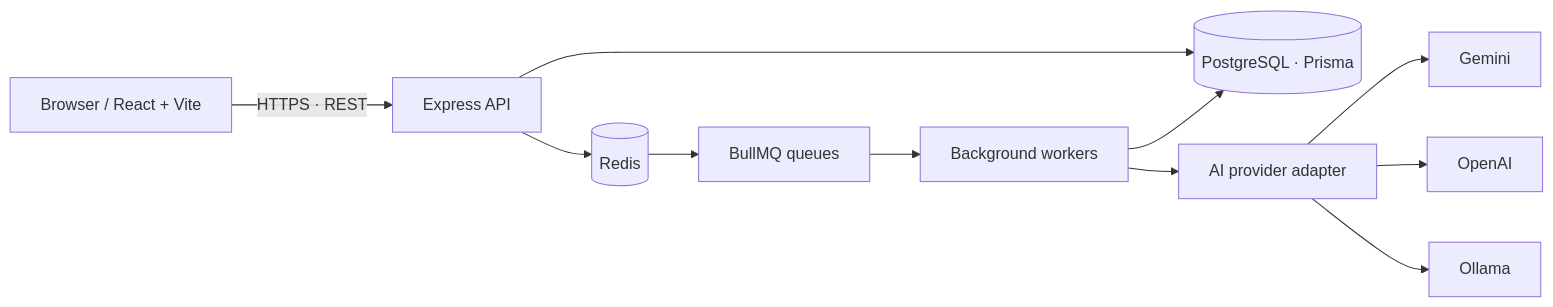
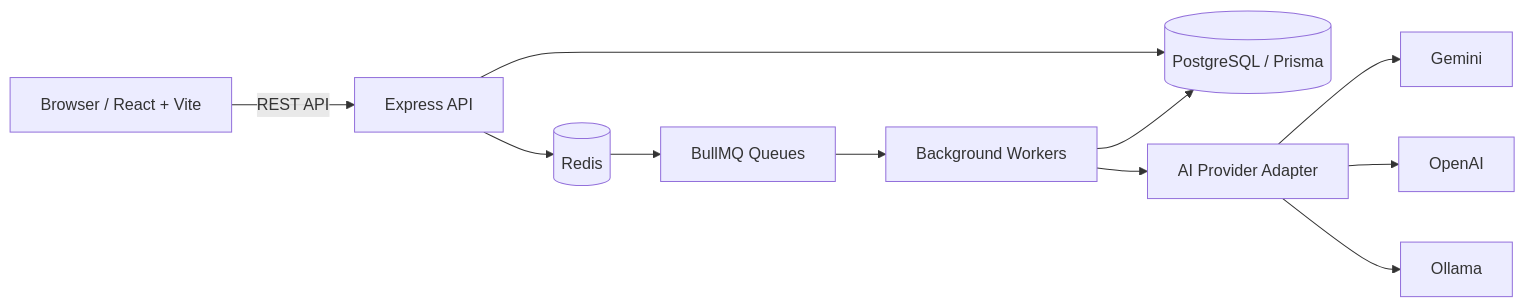
The diagram in README.MD (rishika638/SupportPilotAI), drawn with Mermaid before and after one commit. The commit also changed other lines of this file, not shown here.

````diff
--- a/README.MD
+++ b/README.MD
@@ -125,13 +68,13 @@
-``` mermaid
+```mermaid
 flowchart LR
-    U["Browser / React + Vite"] -->|"HTTPS · REST"| API["Express API"]
-    API --> DB[("PostgreSQL · Prisma")]
+    U["Browser / React + Vite"] -->|"REST API"| API["Express API"]
+    API --> DB[("PostgreSQL / Prisma")]
     API --> R[("Redis")]
-    R --> Q["BullMQ queues"]
-    Q --> W["Background workers"]
+    R --> Q["BullMQ Queues"]
+    Q --> W["Background Workers"]
     W --> DB
-    W --> AI["AI provider adapter"]
+    W --> AI["AI Provider Adapter"]
     AI --> G["Gemini"]
     AI --> O["OpenAI"]
     AI --> L["Ollama"]
 ```
````
